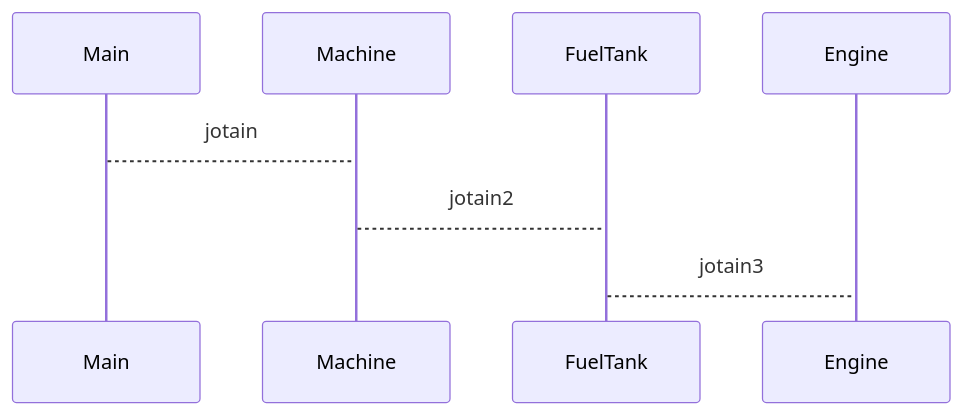
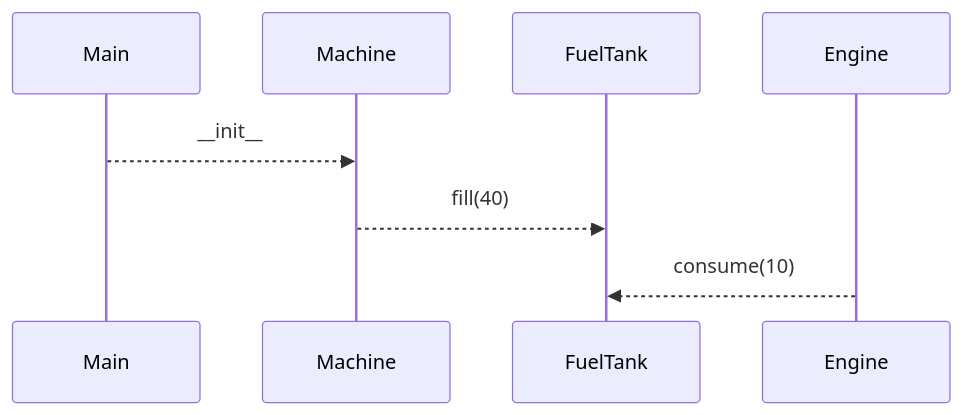
Before and after one commit to asomaki/ot-harjoitustyo: the diagram in laskarit/viikko3/bensatankki.md, drawn with Mermaid.

Commit message:
bensatankin kaavio

````diff
--- a/laskarit/viikko3/bensatankki.md
+++ b/laskarit/viikko3/bensatankki.md
@@ -1,12 +1,12 @@
 ```mermaid
 	sequenceDiagram
-	    Main-->Machine: jotain
-	    Machine-->FuelTank: jotain2
-	    FuelTank-->Engine: jotain3
+	    Main-->>Machine: __init__
+	    Machine-->>FuelTank: fill(40)
+	    Engine-->>FuelTank: consume(10)
 
 
 
 
 
 
 ```
````
